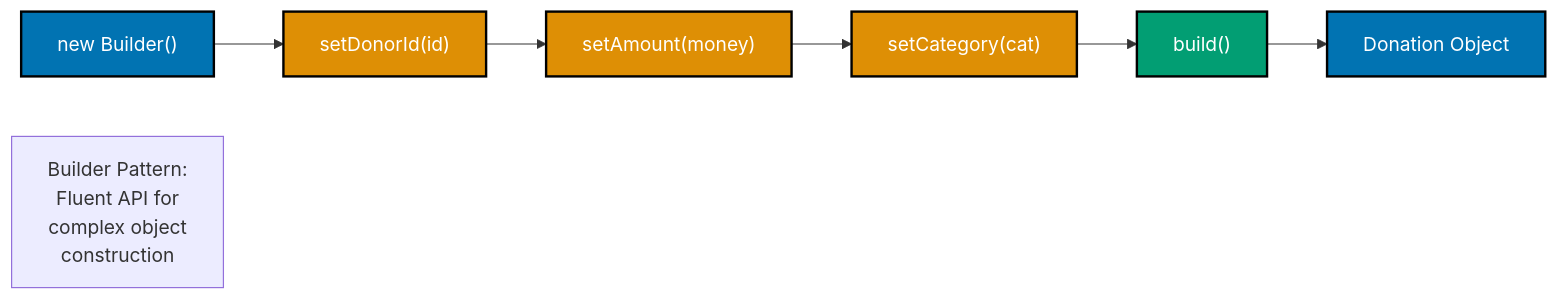
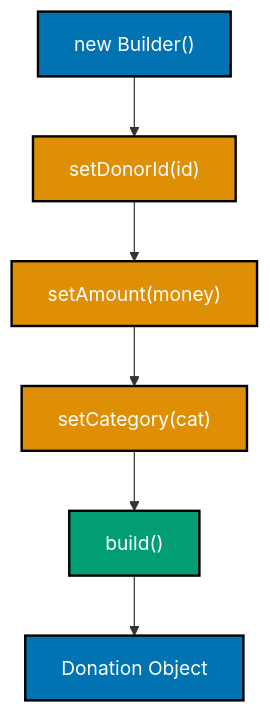
One commit to wahidyankf/ose-primer changed the fourth of 7 diagrams in docs/explanation/software-engineering/programming-languages/typescript/idioms.md. Above: the diagram before and after it, drawn with Mermaid. The commit also changed other lines of this file and 16 other files, not shown here.

Commit message:
fix(docs): fix mermaid violations in typescript/ docs (batch 1/10)

````diff
--- a/docs/explanation/software-engineering/programming-languages/typescript/idioms.md
+++ b/docs/explanation/software-engineering/programming-languages/typescript/idioms.md
@@ -708,22 +689,16 @@
 ```mermaid
 %% Color Palette: Blue #0173B2, Orange #DE8F05, Teal #029E73, Purple #CC78BC, Brown #CA9161
-graph LR
-    Start["new Builder#40;#41;"]:::blue
-    Step1["setDonorId#40;id#41;"]:::orange
-    Step2["setAmount#40;money#41;"]:::orange
-    Step3["setCategory#40;cat#41;"]:::orange
-    Build["build#40;#41;"]:::teal
+graph TD
+    Start["new Builder()"]:::blue
+    Step1["setDonorId(id)"]:::orange
+    Step2["setAmount(money)"]:::orange
+    Step3["setCategory(cat)"]:::orange
+    Build["build()"]:::teal
     Result["Donation Object"]:::blue
 
-    Start --> Step1
-    Step1 --> Step2
-    Step2 --> Step3
-    Step3 --> Build
-    Build --> Result
-
-    Note1["Builder Pattern:<br/>Fluent API for<br/>complex object<br/>construction"]
+    Start --> Step1 --> Step2 --> Step3 --> Build --> Result
 
     classDef blue fill:#0173B2,stroke:#000000,color:#FFFFFF,stroke-width:2px
     classDef orange fill:#DE8F05,stroke:#000000,color:#FFFFFF,stroke-width:2px
     classDef teal fill:#029E73,stroke:#000000,color:#FFFFFF,stroke-width:2px
 ```
````
